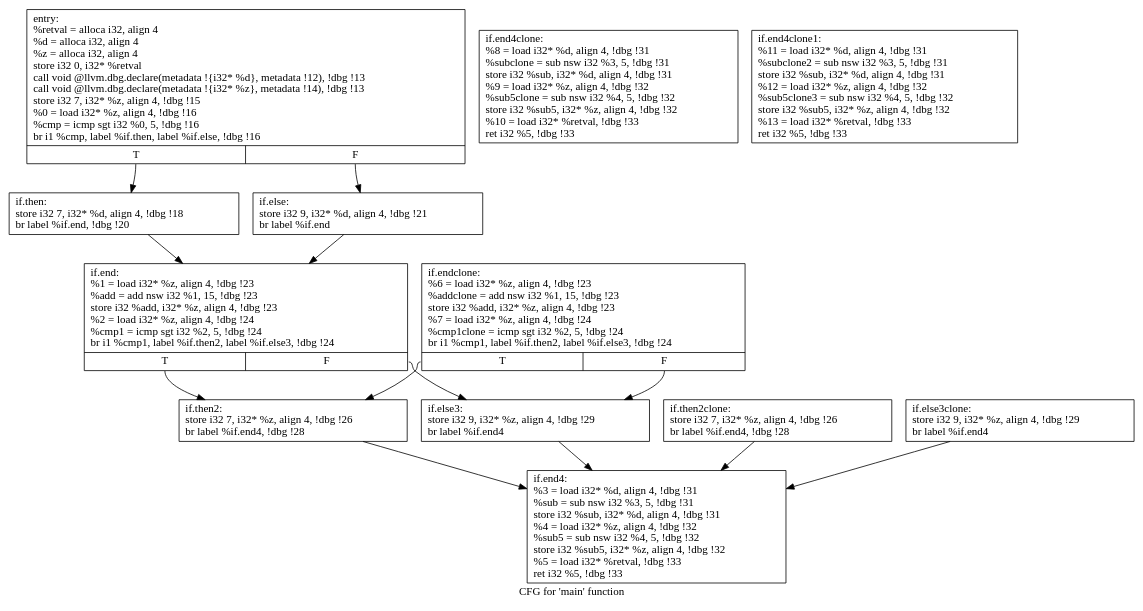
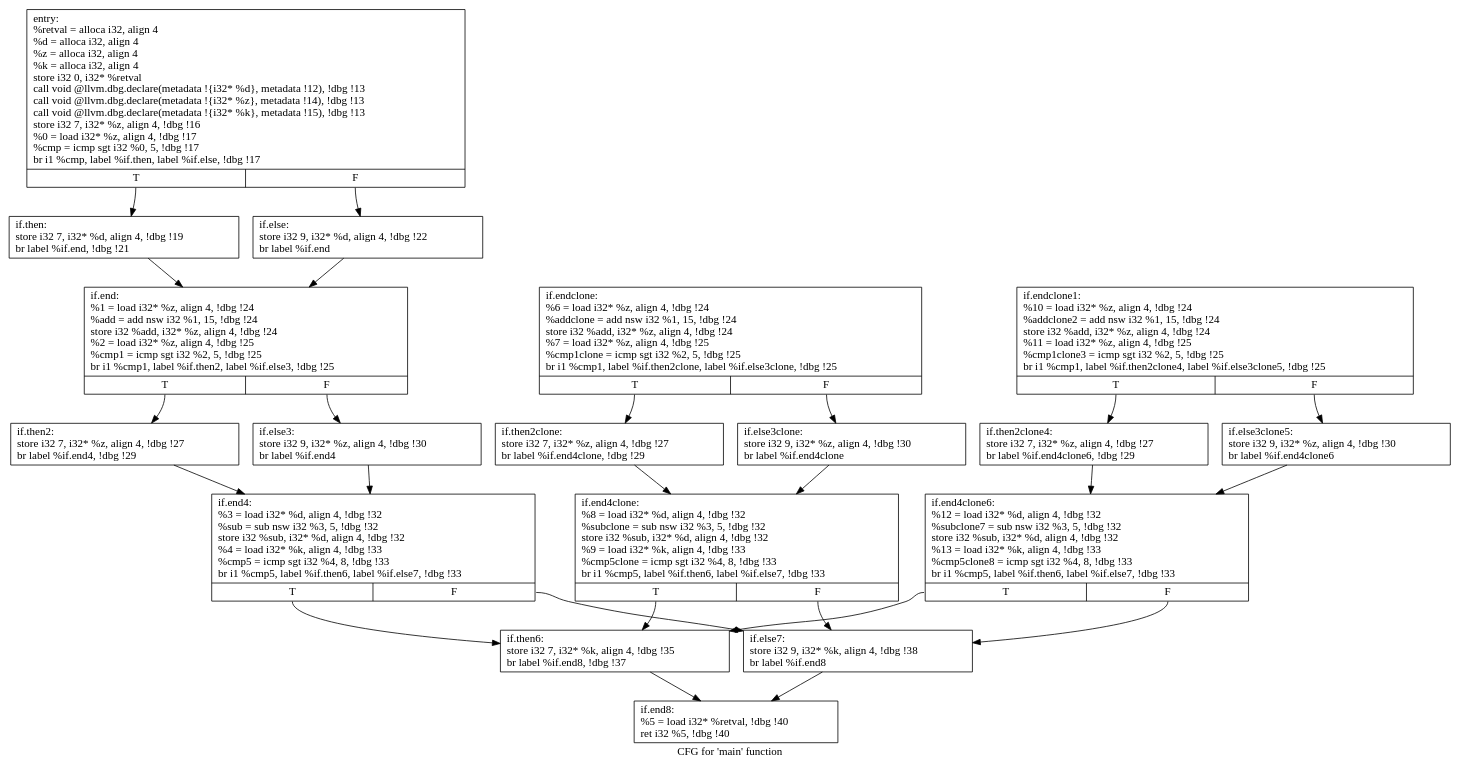
The diagram in Work/Pass/Part 3/cfg.main.dot (ddr2108/CS6241-Array_Bounding), drawn with Graphviz before and after one commit. The commit also changed 1 other file, not shown here.

```diff
--- a/Work/Pass/Part 3/cfg.main.dot
+++ b/Work/Pass/Part 3/cfg.main.dot
@@ -1,28 +1,46 @@
 digraph "CFG for 'main' function" {
 	label="CFG for 'main' function";
 
-	Node0x2d583e0 [shape=record,label="{entry:\l  %retval = alloca i32, align 4\l  %d = alloca i32, align 4\l  %z = alloca i32, align 4\l  store i32 0, i32* %retval\l  call void @llvm.dbg.declare(metadata !\{i32* %d\}, metadata !12), !dbg !13\l  call void @llvm.dbg.declare(metadata !\{i32* %z\}, metadata !14), !dbg !13\l  store i32 7, i32* %z, align 4, !dbg !15\l  %0 = load i32* %z, align 4, !dbg !16\l  %cmp = icmp sgt i32 %0, 5, !dbg !16\l  br i1 %cmp, label %if.then, label %if.else, !dbg !16\l|{<s0>T|<s1>F}}"];
-	Node0x2d583e0:s0 -> Node0x2d537b0;
-	Node0x2d583e0:s1 -> Node0x2d53810;
-	Node0x2d537b0 [shape=record,label="{if.then:                                          \l  store i32 7, i32* %d, align 4, !dbg !18\l  br label %if.end, !dbg !20\l}"];
-	Node0x2d537b0 -> Node0x2d53870;
-	Node0x2d53810 [shape=record,label="{if.else:                                          \l  store i32 9, i32* %d, align 4, !dbg !21\l  br label %if.end\l}"];
-	Node0x2d53810 -> Node0x2d53870;
-	Node0x2d53870 [shape=record,label="{if.end:                                           \l  %1 = load i32* %z, align 4, !dbg !23\l  %add = add nsw i32 %1, 15, !dbg !23\l  store i32 %add, i32* %z, align 4, !dbg !23\l  %2 = load i32* %z, align 4, !dbg !24\l  %cmp1 = icmp sgt i32 %2, 5, !dbg !24\l  br i1 %cmp1, label %if.then2, label %if.else3, !dbg !24\l|{<s0>T|<s1>F}}"];
-	Node0x2d53870:s0 -> Node0x2d538d0;
-	Node0x2d53870:s1 -> Node0x2d53930;
-	Node0x2d538d0 [shape=record,label="{if.then2:                                         \l  store i32 7, i32* %z, align 4, !dbg !26\l  br label %if.end4, !dbg !28\l}"];
-	Node0x2d538d0 -> Node0x2d53990;
-	Node0x2d53930 [shape=record,label="{if.else3:                                         \l  store i32 9, i32* %z, align 4, !dbg !29\l  br label %if.end4\l}"];
-	Node0x2d53930 -> Node0x2d53990;
-	Node0x2d53990 [shape=record,label="{if.end4:                                          \l  %3 = load i32* %d, align 4, !dbg !31\l  %sub = sub nsw i32 %3, 5, !dbg !31\l  store i32 %sub, i32* %d, align 4, !dbg !31\l  %4 = load i32* %z, align 4, !dbg !32\l  %sub5 = sub nsw i32 %4, 5, !dbg !32\l  store i32 %sub5, i32* %z, align 4, !dbg !32\l  %5 = load i32* %retval, !dbg !33\l  ret i32 %5, !dbg !33\l}"];
-	Node0x2d78dc0 [shape=record,label="{if.endclone:                                      \l  %6 = load i32* %z, align 4, !dbg !23\l  %addclone = add nsw i32 %1, 15, !dbg !23\l  store i32 %add, i32* %z, align 4, !dbg !23\l  %7 = load i32* %z, align 4, !dbg !24\l  %cmp1clone = icmp sgt i32 %2, 5, !dbg !24\l  br i1 %cmp1, label %if.then2, label %if.else3, !dbg !24\l|{<s0>T|<s1>F}}"];
-	Node0x2d78dc0:s0 -> Node0x2d538d0;
-	Node0x2d78dc0:s1 -> Node0x2d53930;
-	Node0x2d79180 [shape=record,label="{if.then2clone:                                    \l  store i32 7, i32* %z, align 4, !dbg !26\l  br label %if.end4, !dbg !28\l}"];
-	Node0x2d79180 -> Node0x2d53990;
-	Node0x2d79320 [shape=record,label="{if.else3clone:                                    \l  store i32 9, i32* %z, align 4, !dbg !29\l  br label %if.end4\l}"];
-	Node0x2d79320 -> Node0x2d53990;
-	Node0x2d794c0 [shape=record,label="{if.end4clone:                                     \l  %8 = load i32* %d, align 4, !dbg !31\l  %subclone = sub nsw i32 %3, 5, !dbg !31\l  store i32 %sub, i32* %d, align 4, !dbg !31\l  %9 = load i32* %z, align 4, !dbg !32\l  %sub5clone = sub nsw i32 %4, 5, !dbg !32\l  store i32 %sub5, i32* %z, align 4, !dbg !32\l  %10 = load i32* %retval, !dbg !33\l  ret i32 %5, !dbg !33\l}"];
-	Node0x2d799f0 [shape=record,label="{if.end4clone1:                                    \l  %11 = load i32* %d, align 4, !dbg !31\l  %subclone2 = sub nsw i32 %3, 5, !dbg !31\l  store i32 %sub, i32* %d, align 4, !dbg !31\l  %12 = load i32* %z, align 4, !dbg !32\l  %sub5clone3 = sub nsw i32 %4, 5, !dbg !32\l  store i32 %sub5, i32* %z, align 4, !dbg !32\l  %13 = load i32* %retval, !dbg !33\l  ret i32 %5, !dbg !33\l}"];
+	Node0x1a86e10 [shape=record,label="{entry:\l  %retval = alloca i32, align 4\l  %d = alloca i32, align 4\l  %z = alloca i32, align 4\l  %k = alloca i32, align 4\l  store i32 0, i32* %retval\l  call void @llvm.dbg.declare(metadata !\{i32* %d\}, metadata !12), !dbg !13\l  call void @llvm.dbg.declare(metadata !\{i32* %z\}, metadata !14), !dbg !13\l  call void @llvm.dbg.declare(metadata !\{i32* %k\}, metadata !15), !dbg !13\l  store i32 7, i32* %z, align 4, !dbg !16\l  %0 = load i32* %z, align 4, !dbg !17\l  %cmp = icmp sgt i32 %0, 5, !dbg !17\l  br i1 %cmp, label %if.then, label %if.else, !dbg !17\l|{<s0>T|<s1>F}}"];
+	Node0x1a86e10:s0 -> Node0x1a86e70;
+	Node0x1a86e10:s1 -> Node0x1a86ed0;
+	Node0x1a86e70 [shape=record,label="{if.then:                                          \l  store i32 7, i32* %d, align 4, !dbg !19\l  br label %if.end, !dbg !21\l}"];
+	Node0x1a86e70 -> Node0x1a86f30;
+	Node0x1a86ed0 [shape=record,label="{if.else:                                          \l  store i32 9, i32* %d, align 4, !dbg !22\l  br label %if.end\l}"];
+	Node0x1a86ed0 -> Node0x1a86f30;
+	Node0x1a86f30 [shape=record,label="{if.end:                                           \l  %1 = load i32* %z, align 4, !dbg !24\l  %add = add nsw i32 %1, 15, !dbg !24\l  store i32 %add, i32* %z, align 4, !dbg !24\l  %2 = load i32* %z, align 4, !dbg !25\l  %cmp1 = icmp sgt i32 %2, 5, !dbg !25\l  br i1 %cmp1, label %if.then2, label %if.else3, !dbg !25\l|{<s0>T|<s1>F}}"];
+	Node0x1a86f30:s0 -> Node0x1a960e0;
+	Node0x1a86f30:s1 -> Node0x1a96140;
+	Node0x1a960e0 [shape=record,label="{if.then2:                                         \l  store i32 7, i32* %z, align 4, !dbg !27\l  br label %if.end4, !dbg !29\l}"];
+	Node0x1a960e0 -> Node0x1a961a0;
+	Node0x1a96140 [shape=record,label="{if.else3:                                         \l  store i32 9, i32* %z, align 4, !dbg !30\l  br label %if.end4\l}"];
+	Node0x1a96140 -> Node0x1a961a0;
+	Node0x1a961a0 [shape=record,label="{if.end4:                                          \l  %3 = load i32* %d, align 4, !dbg !32\l  %sub = sub nsw i32 %3, 5, !dbg !32\l  store i32 %sub, i32* %d, align 4, !dbg !32\l  %4 = load i32* %k, align 4, !dbg !33\l  %cmp5 = icmp sgt i32 %4, 8, !dbg !33\l  br i1 %cmp5, label %if.then6, label %if.else7, !dbg !33\l|{<s0>T|<s1>F}}"];
+	Node0x1a961a0:s0 -> Node0x1a96200;
+	Node0x1a961a0:s1 -> Node0x1a96260;
+	Node0x1a96200 [shape=record,label="{if.then6:                                         \l  store i32 7, i32* %k, align 4, !dbg !35\l  br label %if.end8, !dbg !37\l}"];
+	Node0x1a96200 -> Node0x1a962c0;
+	Node0x1a96260 [shape=record,label="{if.else7:                                         \l  store i32 9, i32* %k, align 4, !dbg !38\l  br label %if.end8\l}"];
+	Node0x1a96260 -> Node0x1a962c0;
+	Node0x1a962c0 [shape=record,label="{if.end8:                                          \l  %5 = load i32* %retval, !dbg !40\l  ret i32 %5, !dbg !40\l}"];
+	Node0x1aad550 [shape=record,label="{if.endclone:                                      \l  %6 = load i32* %z, align 4, !dbg !24\l  %addclone = add nsw i32 %1, 15, !dbg !24\l  store i32 %add, i32* %z, align 4, !dbg !24\l  %7 = load i32* %z, align 4, !dbg !25\l  %cmp1clone = icmp sgt i32 %2, 5, !dbg !25\l  br i1 %cmp1, label %if.then2clone, label %if.else3clone, !dbg !25\l|{<s0>T|<s1>F}}"];
+	Node0x1aad550:s0 -> Node0x1aad950;
+	Node0x1aad550:s1 -> Node0x1aadae0;
+	Node0x1aad950 [shape=record,label="{if.then2clone:                                    \l  store i32 7, i32* %z, align 4, !dbg !27\l  br label %if.end4clone, !dbg !29\l}"];
+	Node0x1aad950 -> Node0x1aadce0;
+	Node0x1aadae0 [shape=record,label="{if.else3clone:                                    \l  store i32 9, i32* %z, align 4, !dbg !30\l  br label %if.end4clone\l}"];
+	Node0x1aadae0 -> Node0x1aadce0;
+	Node0x1aadce0 [shape=record,label="{if.end4clone:                                     \l  %8 = load i32* %d, align 4, !dbg !32\l  %subclone = sub nsw i32 %3, 5, !dbg !32\l  store i32 %sub, i32* %d, align 4, !dbg !32\l  %9 = load i32* %k, align 4, !dbg !33\l  %cmp5clone = icmp sgt i32 %4, 8, !dbg !33\l  br i1 %cmp5, label %if.then6, label %if.else7, !dbg !33\l|{<s0>T|<s1>F}}"];
+	Node0x1aadce0:s0 -> Node0x1a96200;
+	Node0x1aadce0:s1 -> Node0x1a96260;
+	Node0x1aae3f0 [shape=record,label="{if.endclone1:                                     \l  %10 = load i32* %z, align 4, !dbg !24\l  %addclone2 = add nsw i32 %1, 15, !dbg !24\l  store i32 %add, i32* %z, align 4, !dbg !24\l  %11 = load i32* %z, align 4, !dbg !25\l  %cmp1clone3 = icmp sgt i32 %2, 5, !dbg !25\l  br i1 %cmp1, label %if.then2clone4, label %if.else3clone5, !dbg !25\l|{<s0>T|<s1>F}}"];
+	Node0x1aae3f0:s0 -> Node0x1aae7d0;
+	Node0x1aae3f0:s1 -> Node0x1aae990;
+	Node0x1aae7d0 [shape=record,label="{if.then2clone4:                                   \l  store i32 7, i32* %z, align 4, !dbg !27\l  br label %if.end4clone6, !dbg !29\l}"];
+	Node0x1aae7d0 -> Node0x1aaeb90;
+	Node0x1aae990 [shape=record,label="{if.else3clone5:                                   \l  store i32 9, i32* %z, align 4, !dbg !30\l  br label %if.end4clone6\l}"];
+	Node0x1aae990 -> Node0x1aaeb90;
+	Node0x1aaeb90 [shape=record,label="{if.end4clone6:                                    \l  %12 = load i32* %d, align 4, !dbg !32\l  %subclone7 = sub nsw i32 %3, 5, !dbg !32\l  store i32 %sub, i32* %d, align 4, !dbg !32\l  %13 = load i32* %k, align 4, !dbg !33\l  %cmp5clone8 = icmp sgt i32 %4, 8, !dbg !33\l  br i1 %cmp5, label %if.then6, label %if.else7, !dbg !33\l|{<s0>T|<s1>F}}"];
+	Node0x1aaeb90:s0 -> Node0x1a96200;
+	Node0x1aaeb90:s1 -> Node0x1a96260;
 }
```
